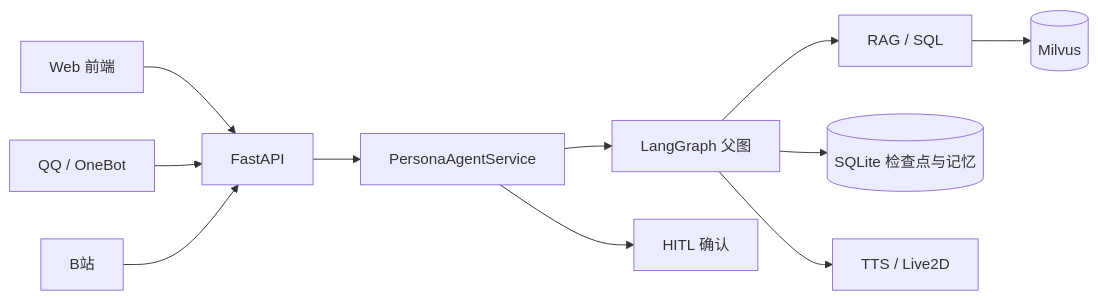
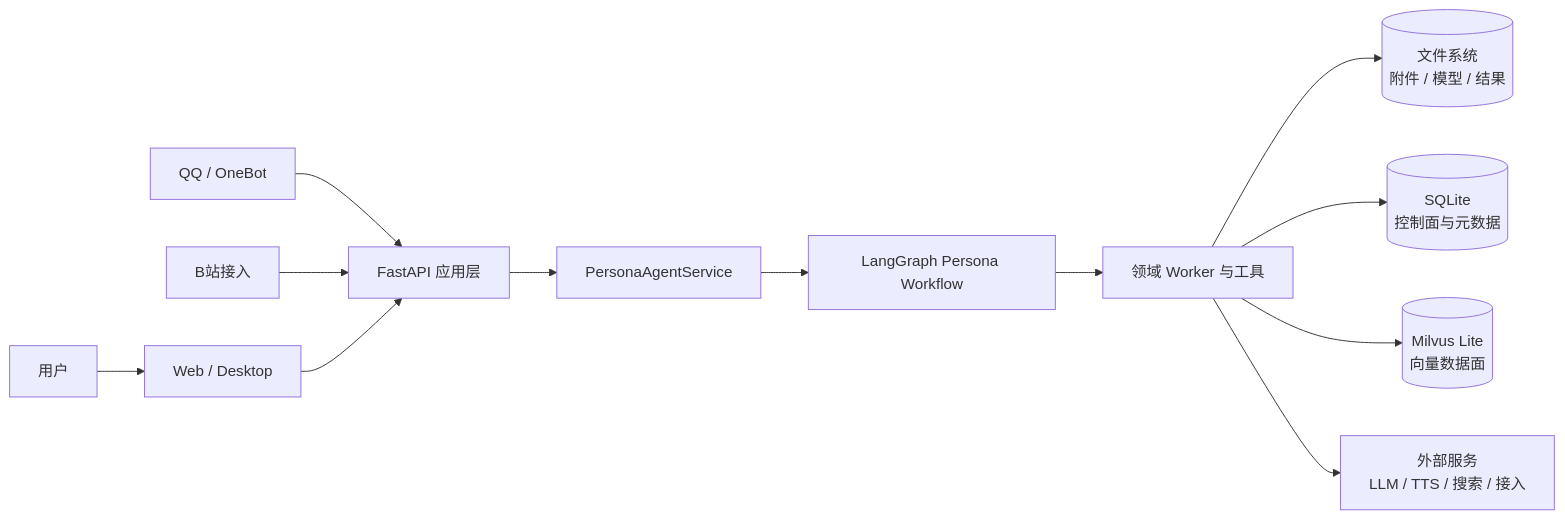
One commit to TKGEKKOU/yumeno changed the first of 7 diagrams in diagrams/README.md. Above: the diagram before and after it, drawn with Mermaid. The commit also changed other lines of this file and 10 other files, not shown here.

Commit message:
docs: refine README and architecture diagrams

````diff
--- a/diagrams/README.md
+++ b/diagrams/README.md
@@ -14,14 +16,19 @@
 ```mermaid
-%% YUMENO 系统上下文：接入层如何进入 Agent 图与存储
+%% YUMENO 系统上下文：多入口进入同一套角色 Agent 服务
 flowchart LR
-  Web[Web 前端] --> API[FastAPI]
-  QQ[QQ / OneBot] --> API
-  Bili[B站] --> API
-  API --> Svc[PersonaAgentService]
-  Svc --> Graph[LangGraph 父图]
-  Graph --> RAG[RAG / SQL]
-  Graph --> DB[(SQLite 检查点与记忆)]
-  RAG --> Vec[(Milvus)]
-  Svc --> HITL[HITL 确认]
-  Graph --> Voice[TTS / Live2D]
+  U[用户] --> WEB[Web / Desktop]
+  QQ[QQ / OneBot] --> API[FastAPI 应用层]
+  BILI[B站接入] --> API
+  WEB --> API
+  API --> SVC[PersonaAgentService]
+  SVC --> GRAPH[LangGraph Persona Workflow]
+  GRAPH --> DOMAIN[领域 Worker 与工具]
+  DOMAIN --> FILES[(文件系统
+附件 / 模型 / 结果)]
+  DOMAIN --> SQL[(SQLite
+控制面与元数据)]
+  DOMAIN --> MILVUS[(Milvus Lite
+向量数据面)]
+  DOMAIN --> EXT[外部服务
+LLM / TTS / 搜索 / 接入]
 ```
````
